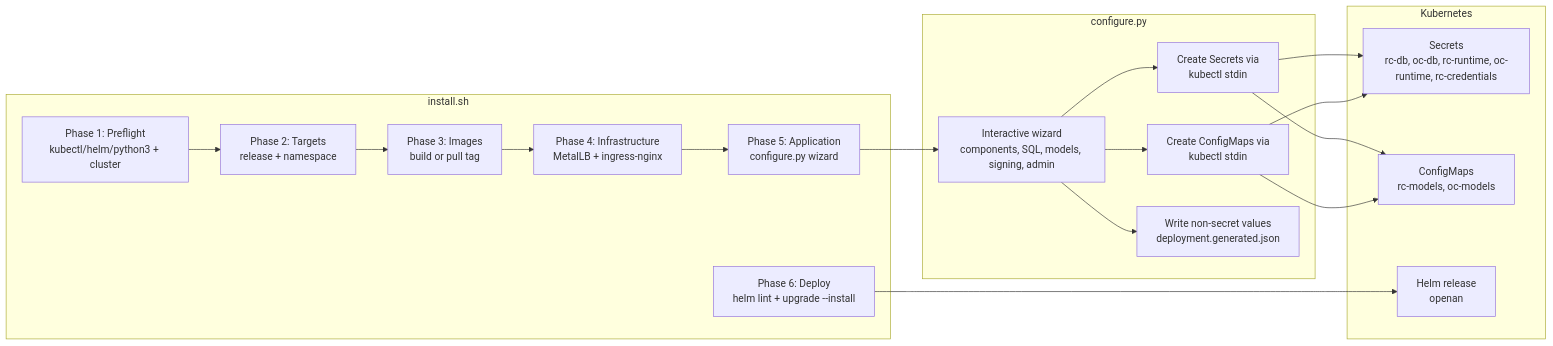
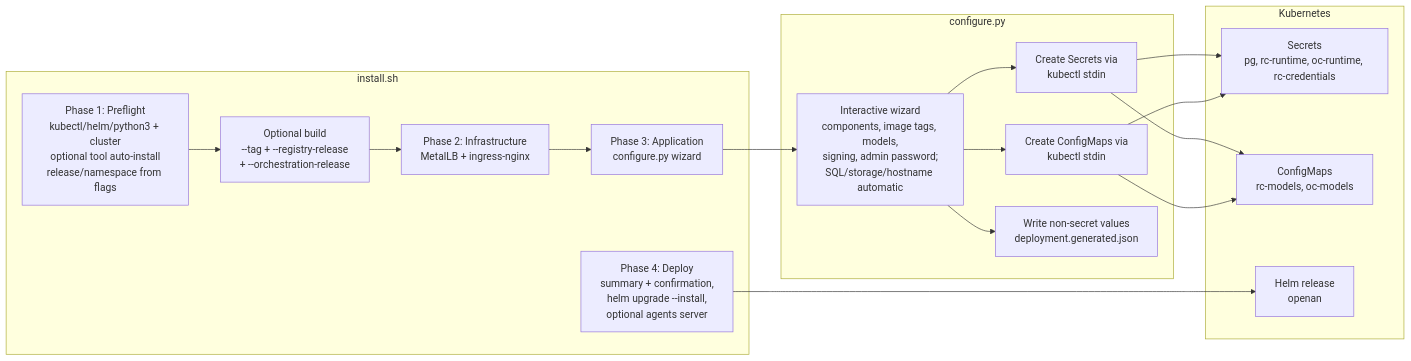
One commit to XunliYang/openan-installation changed the third of 5 diagrams in docs/online-install-architecture.md. Above: the diagram before and after it, drawn with Mermaid. The commit also changed other lines of this file and 13 other files, not shown here.

First line of the commit message:
feat(online-install): local storage fallback, deploy gate, tool auto-install, agents server

````diff
--- a/docs/online-install-architecture.md
+++ b/docs/online-install-architecture.md
@@ -252,30 +261,29 @@
 ```mermaid
 flowchart LR
     subgraph "install.sh"
-        P1[Phase 1: Preflight<br/>kubectl/helm/python3 + cluster]
-        P2[Phase 2: Targets<br/>release + namespace]
-        P3[Phase 3: Images<br/>build or pull tag]
-        P4[Phase 4: Infrastructure<br/>MetalLB + ingress-nginx]
-        P5[Phase 5: Application<br/>configure.py wizard]
-        P6[Phase 6: Deploy<br/>helm lint + upgrade --install]
+        P1[Phase 1: Preflight<br/>kubectl/helm/python3 + cluster<br/>optional tool auto-install<br/>release/namespace from flags]
+        B[Optional build<br/>--tag + --registry-release<br/>+ --orchestration-release]
+        P4[Phase 2: Infrastructure<br/>MetalLB + ingress-nginx]
+        P5[Phase 3: Application<br/>configure.py wizard]
+        P6[Phase 4: Deploy<br/>summary + confirmation,<br/>helm upgrade --install,<br/>optional agents server]
     end
 
     subgraph "configure.py"
-        W[Interactive wizard<br/>components, SQL, models, signing, admin]
+        W[Interactive wizard<br/>components, image tags, models,<br/>signing, admin password;<br/>SQL/storage/hostname automatic]
         CS[Create Secrets via<br/>kubectl stdin]
         CM[Create ConfigMaps via<br/>kubectl stdin]
         V[Write non-secret values<br/>deployment.generated.json]
     end
 
     subgraph "Kubernetes"
-        S[Secrets<br/>rc-db, oc-db, rc-runtime, oc-runtime, rc-credentials]
+        S[Secrets<br/>pg, rc-runtime, oc-runtime, rc-credentials]
         C[ConfigMaps<br/>rc-models, oc-models]
         H[Helm release<br/>openan]
     end
 
-    P1-->P2-->P3-->P4-->P5
+    P1-->B-->P4-->P5
     P5-->W
     W-->CS & CM & V
     P6-->H
     CS & CM-->S & C
 ```
````
